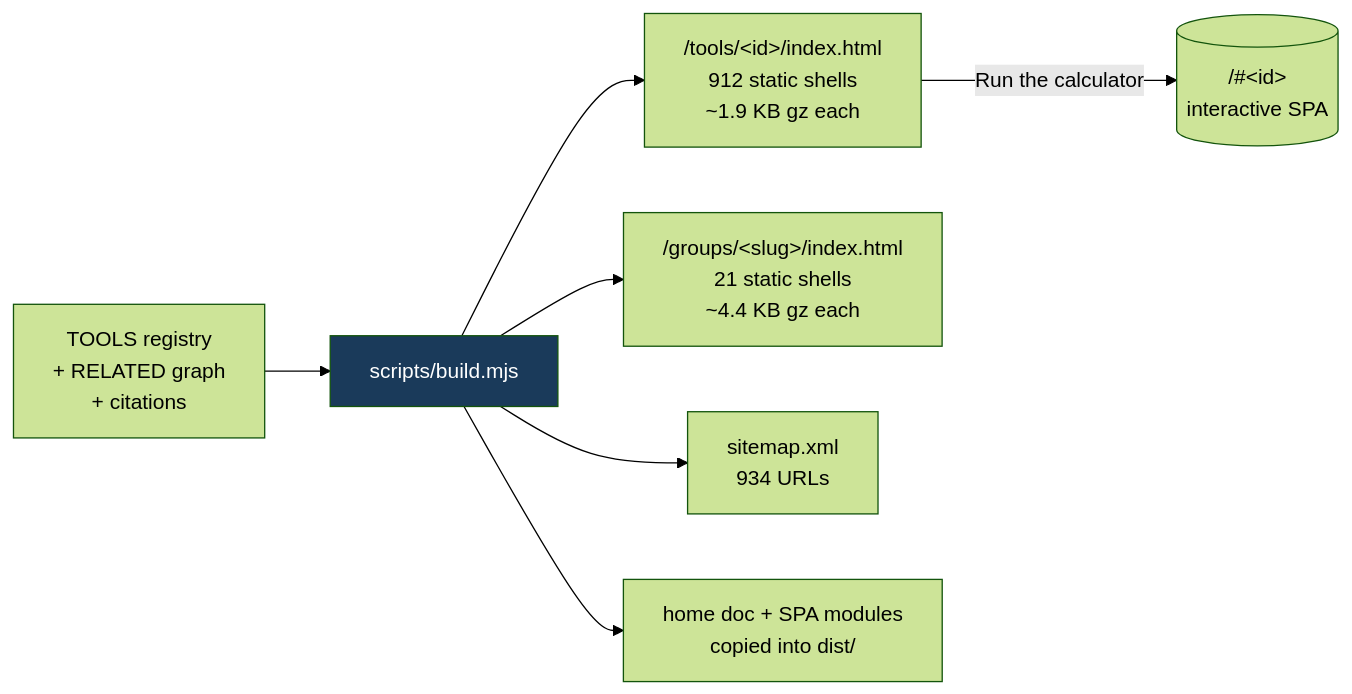
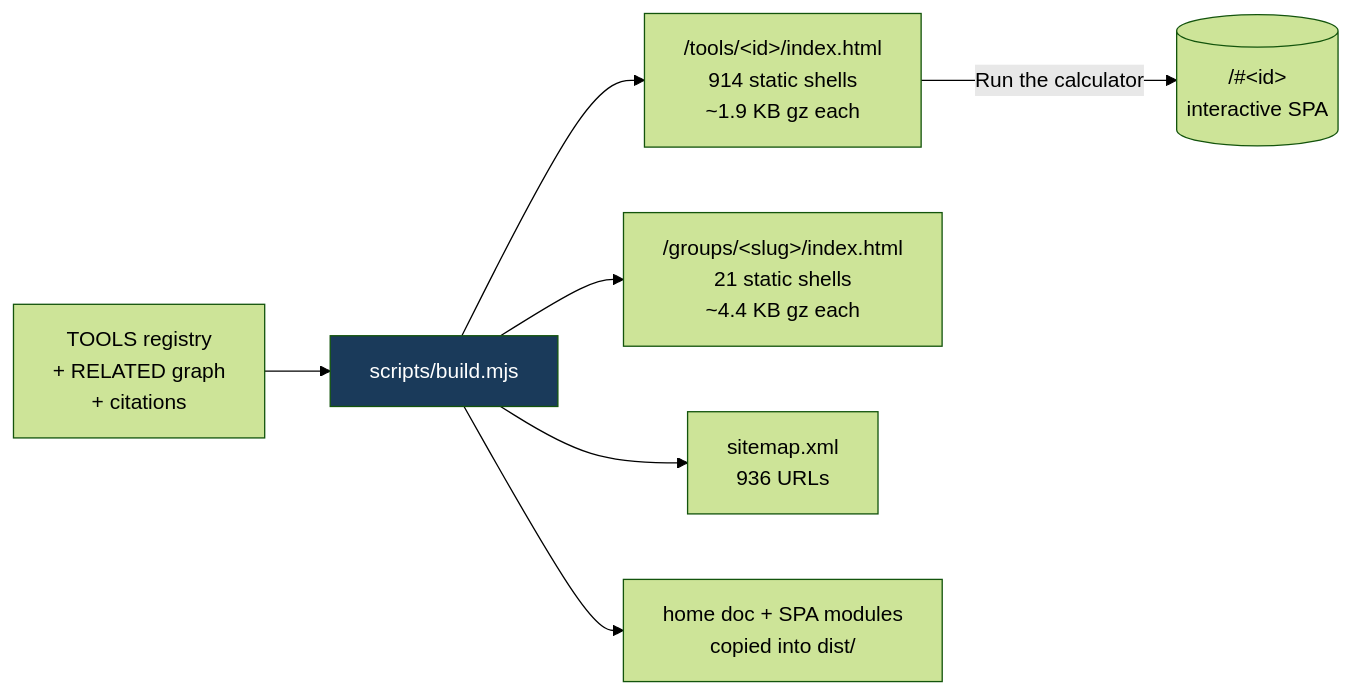
The fifth of 8 diagrams in README.md (clay-good/roughlogic.com), drawn with Mermaid (forest theme) before and after one commit. The commit also changed other lines of this file and 18 other files, not shown here.

````diff
--- a/README.md
+++ b/README.md
@@ -495,10 +495,10 @@
 ```mermaid
 flowchart LR
     SRC[TOOLS registry\n+ RELATED graph\n+ citations] --> BUILD[scripts/build.mjs]
-    BUILD --> TILE["/tools/&lt;id&gt;/index.html\n912 static shells\n~1.9 KB gz each"]
+    BUILD --> TILE["/tools/&lt;id&gt;/index.html\n914 static shells\n~1.9 KB gz each"]
     BUILD --> GROUP["/groups/&lt;slug&gt;/index.html\n21 static shells\n~4.4 KB gz each"]
-    BUILD --> MAP["sitemap.xml\n934 URLs"]
+    BUILD --> MAP["sitemap.xml\n936 URLs"]
     BUILD --> COPY[home doc + SPA modules\ncopied into dist/]
     TILE -->|Run the calculator| SPA[("/#&lt;id&gt;\ninteractive SPA")]
     style BUILD fill:#1a3a5a,color:#fff
 ```
````
